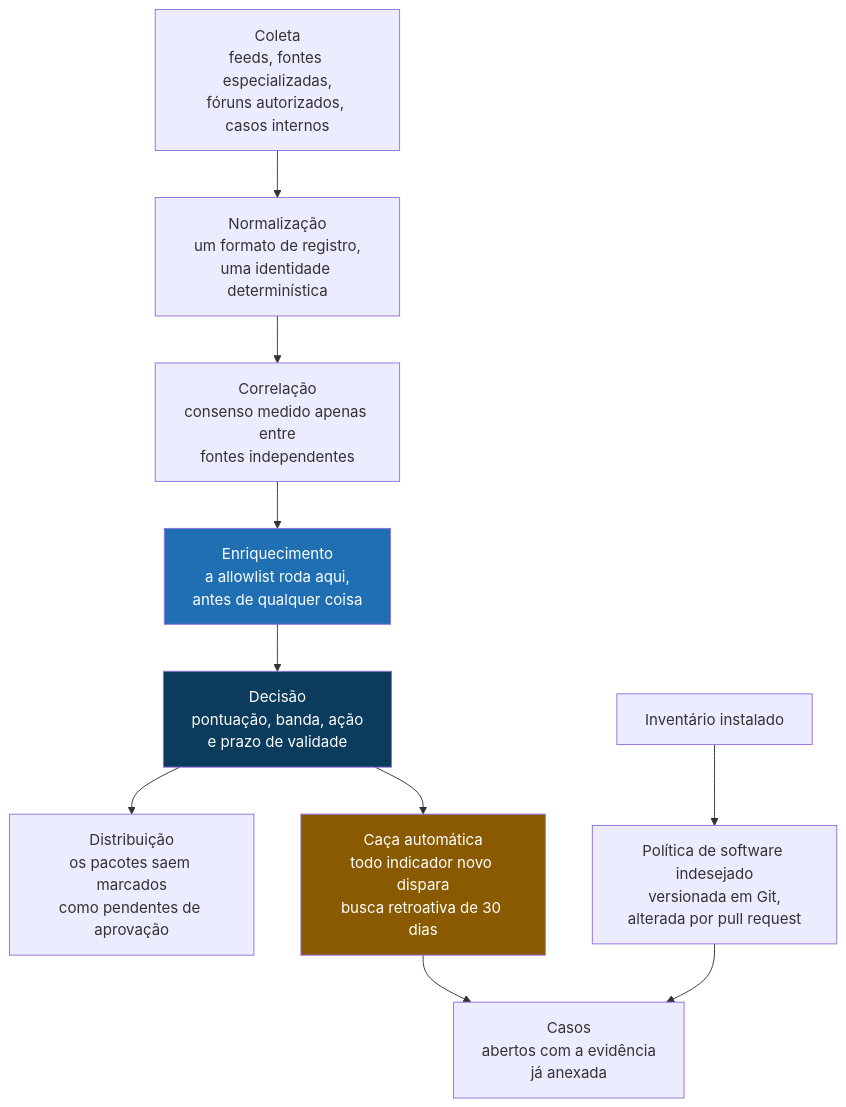
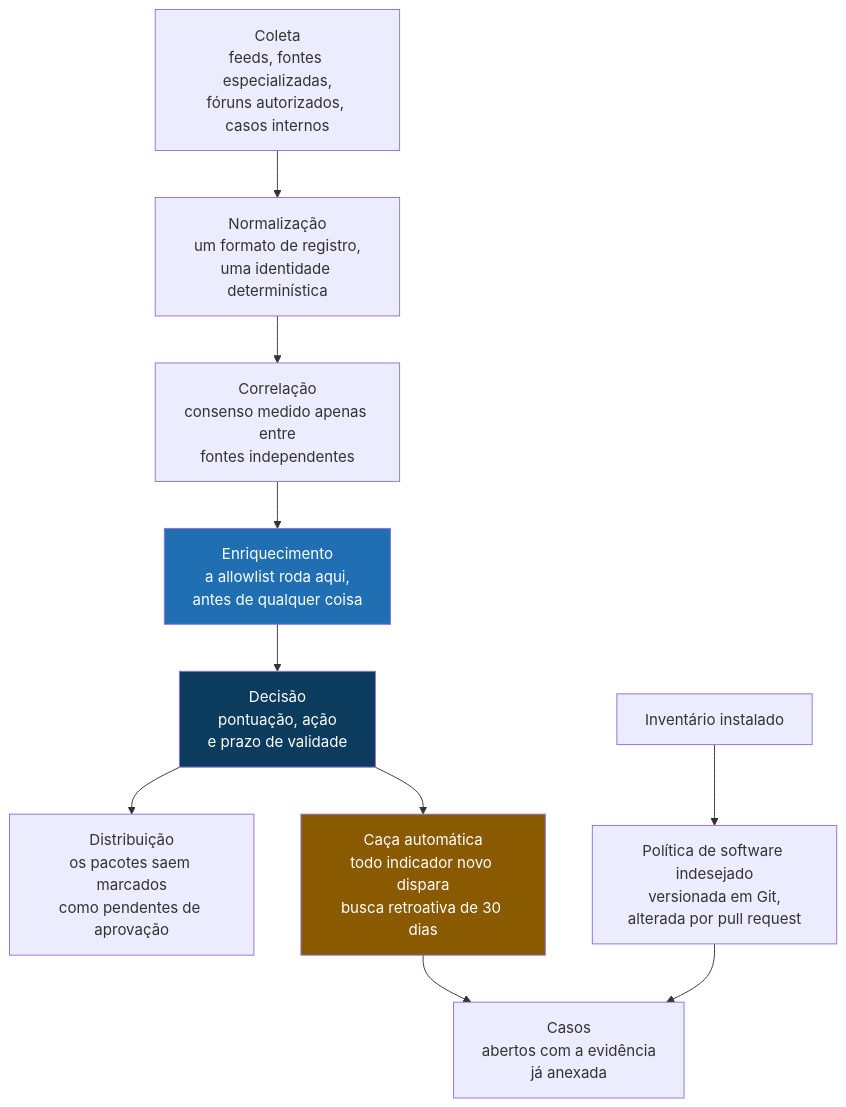
The diagram in README.pt-BR.md (Alisson-P/ioc-pua-hunting), drawn with Mermaid before and after one commit.

````diff
--- a/README.pt-BR.md
+++ b/README.pt-BR.md
@@ -43,16 +43,16 @@
 ```mermaid
 flowchart TD
     A["Coleta<br/>feeds, fontes especializadas,<br/>fóruns autorizados, casos internos"] --> B["Normalização<br/>um formato de registro,<br/>uma identidade determinística"]
     B --> C["Correlação<br/>consenso medido apenas entre<br/>fontes independentes"]
     C --> D["Enriquecimento<br/>a allowlist roda aqui,<br/>antes de qualquer coisa"]
-    D --> E["Decisão<br/>pontuação, banda, ação<br/>e prazo de validade"]
+    D --> E["Decisão<br/>pontuação, ação<br/>e prazo de validade"]
     E --> F["Distribuição<br/>os pacotes saem marcados<br/>como pendentes de aprovação"]
     E --> G["Caça automática<br/>todo indicador novo dispara<br/>busca retroativa de 30 dias"]
     G --> H["Casos<br/>abertos com a evidência<br/>já anexada"]
     I["Inventário instalado"] --> J["Política de software indesejado<br/>versionada em Git,<br/>alterada por pull request"]
     J --> H
 
     style D fill:#1F6FB2,color:#FFFFFF
     style E fill:#0B3C5D,color:#FFFFFF
     style G fill:#8A5A00,color:#FFFFFF
 ```
````
